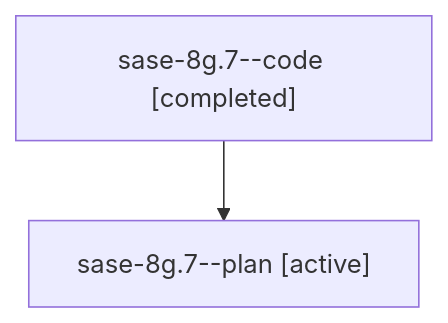
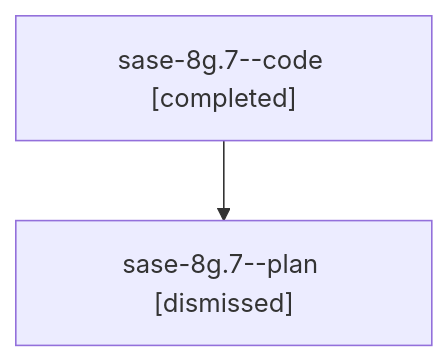
The diagram in sessions/bbugyi200.athena.sase-8g.7.md (sase-org/sase--agents), drawn with Mermaid before and after one commit. The commit also changed other lines of this file and 100 other files, not shown here.

````diff
--- a/sessions/bbugyi200.athena.sase-8g.7.md
+++ b/sessions/bbugyi200.athena.sase-8g.7.md
@@ -9,6 +9,6 @@
 ```mermaid
 flowchart TD
   n0["sase-8g.7--code [completed]"]
-  n1["sase-8g.7--plan [active]"]
+  n1["sase-8g.7--plan [dismissed]"]
   n0 --> n1
 ```
````
